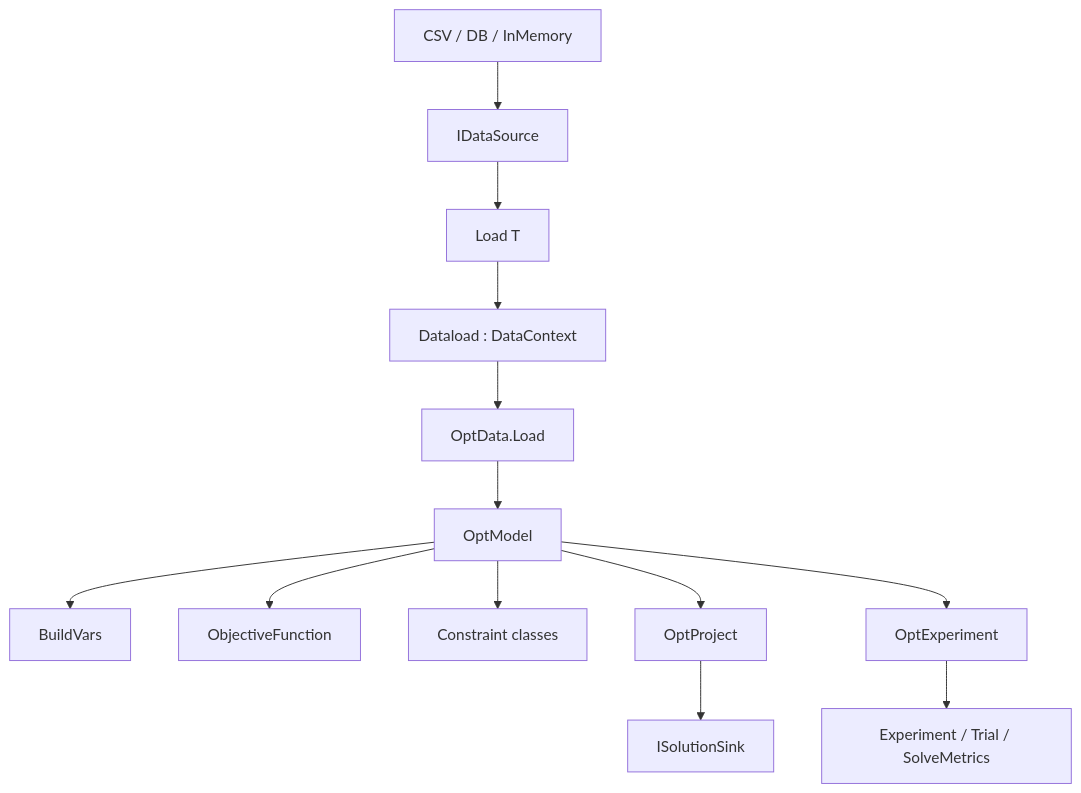
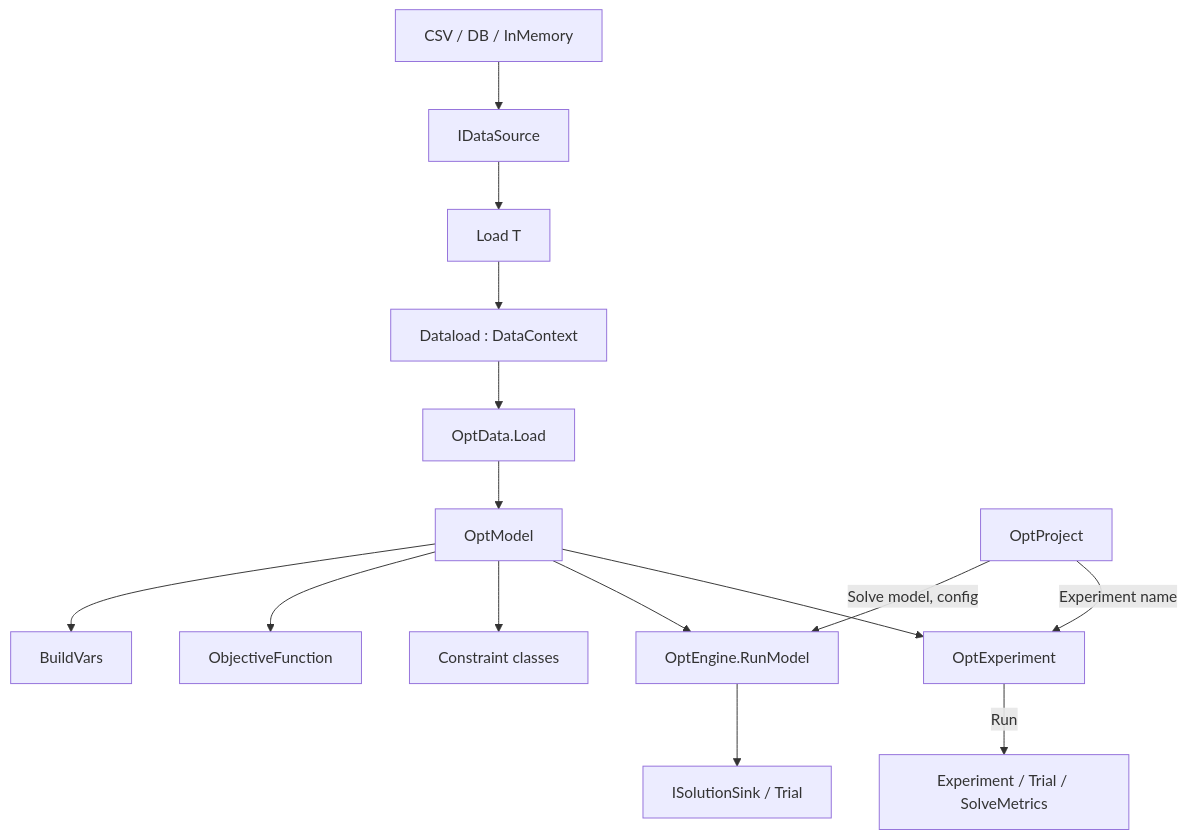
The diagram in .claude/reference/CodeMap.md (zxcbig7/LLMAutoModeling), drawn with Mermaid before and after one commit. The commit also changed other lines of this file and 77 other files, not shown here.

````diff
--- a/.claude/reference/CodeMap.md
+++ b/.claude/reference/CodeMap.md
@@ -10,15 +10,17 @@
 ```mermaid
 flowchart TD
     CSV[CSV / DB / InMemory] --> Source[IDataSource]
     Source --> Load[Load T]
     Load --> Data[Dataload : DataContext]
     Data --> Guard[OptData.Load]
     Guard --> Model[OptModel]
     Model --> Vars[BuildVars]
     Model --> Objective[ObjectiveFunction]
     Model --> Constraints[Constraint classes]
-    Model --> Project[OptProject]
-    Model --> Experiment[OptExperiment]
-    Project --> Solution[ISolutionSink]
-    Experiment --> Metrics[Experiment / Trial / SolveMetrics]
+    Project[OptProject] -->|Solve model, config| Solve[OptEngine.RunModel]
+    Model --> Solve
+    Project -->|Experiment name| Experiment[OptExperiment]
+    Model --> Experiment
+    Solve --> Solution[ISolutionSink / Trial]
+    Experiment -->|Run| Metrics[Experiment / Trial / SolveMetrics]
 ```
````
